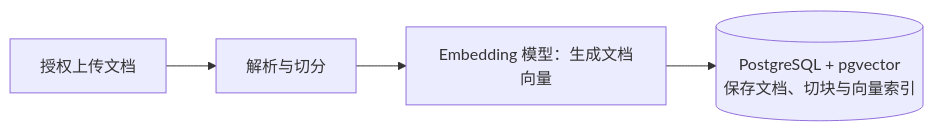
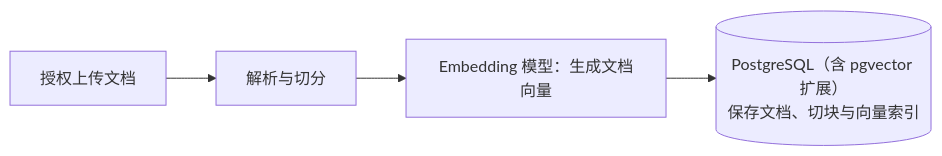
Before and after one commit to thxuan/knowledgeops-copilot: the second of 2 diagrams in README.md, drawn with Mermaid. The commit also changed other lines of this file and 18 other files, not shown here.

````diff
--- a/README.md
+++ b/README.md
@@ -64,6 +64,6 @@
 ```mermaid
 flowchart LR
     D[授权上传文档] --> P[解析与切分]
     P --> E[Embedding 模型：生成文档向量]
-    E --> DB[(PostgreSQL + pgvector<br/>保存文档、切块与向量索引)]
+    E --> DB[(PostgreSQL（含 pgvector 扩展）<br/>保存文档、切块与向量索引)]
 ```
````
